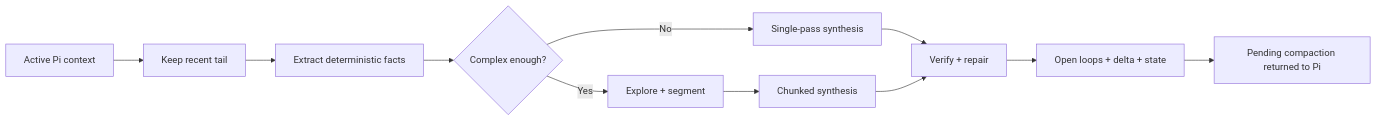
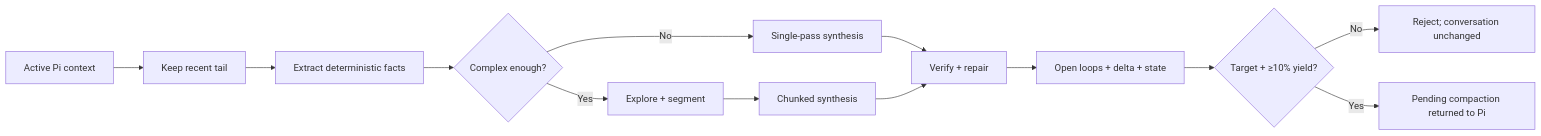
The diagram in ARCHITECTURE.md (alpertarhan/pi-smart-compact), drawn with Mermaid before and after one commit. The commit also changed other lines of this file and 32 other files, not shown here.

First line of the commit message:
fix: guarantee meaningful compaction yield (#35)

````diff
--- a/ARCHITECTURE.md
+++ b/ARCHITECTURE.md
@@ -42,13 +42,15 @@
 ```mermaid
 flowchart LR
     A[Active Pi context] --> B[Keep recent tail]
     B --> C[Extract deterministic facts]
     C --> D{Complex enough?}
     D -- No --> E[Single-pass synthesis]
     D -- Yes --> F[Explore + segment]
     F --> G[Chunked synthesis]
     E --> H[Verify + repair]
     G --> H
     H --> I[Open loops + delta + state]
-    I --> J[Pending compaction returned to Pi]
+    I --> Y{Target + ≥10% yield?}
+    Y -- No --> X[Reject; conversation unchanged]
+    Y -- Yes --> J[Pending compaction returned to Pi]
 ```
````
